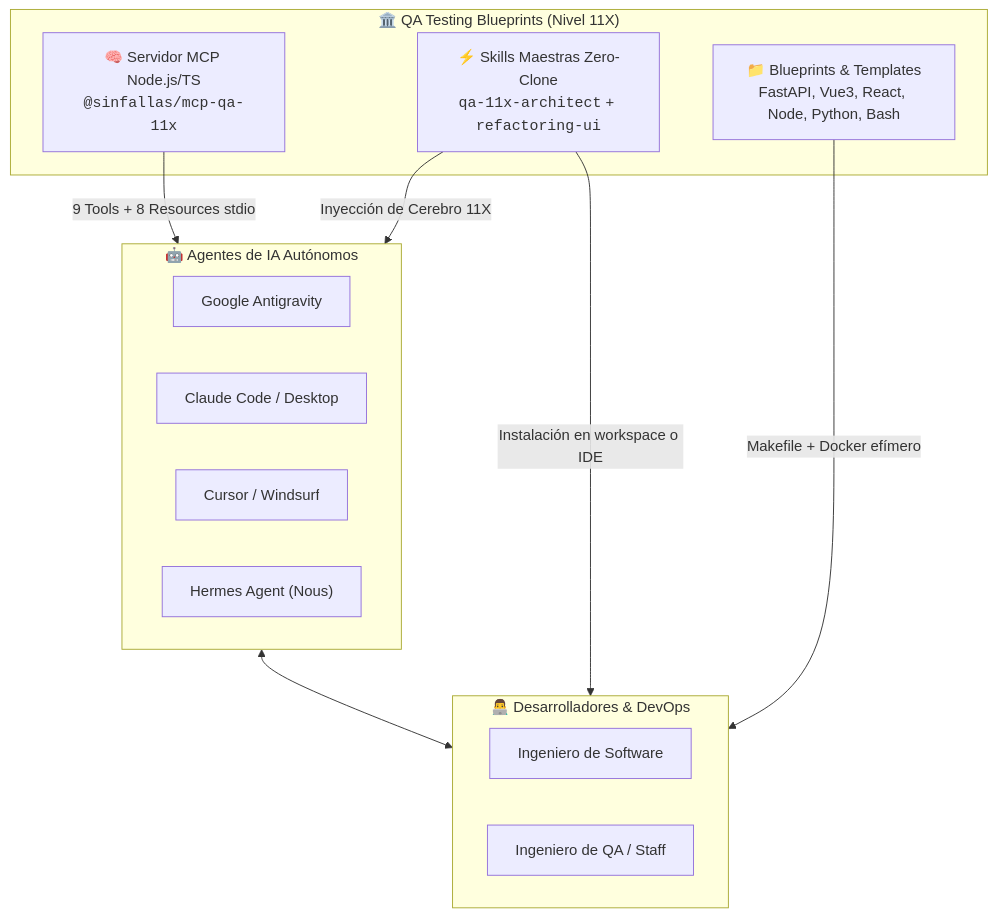
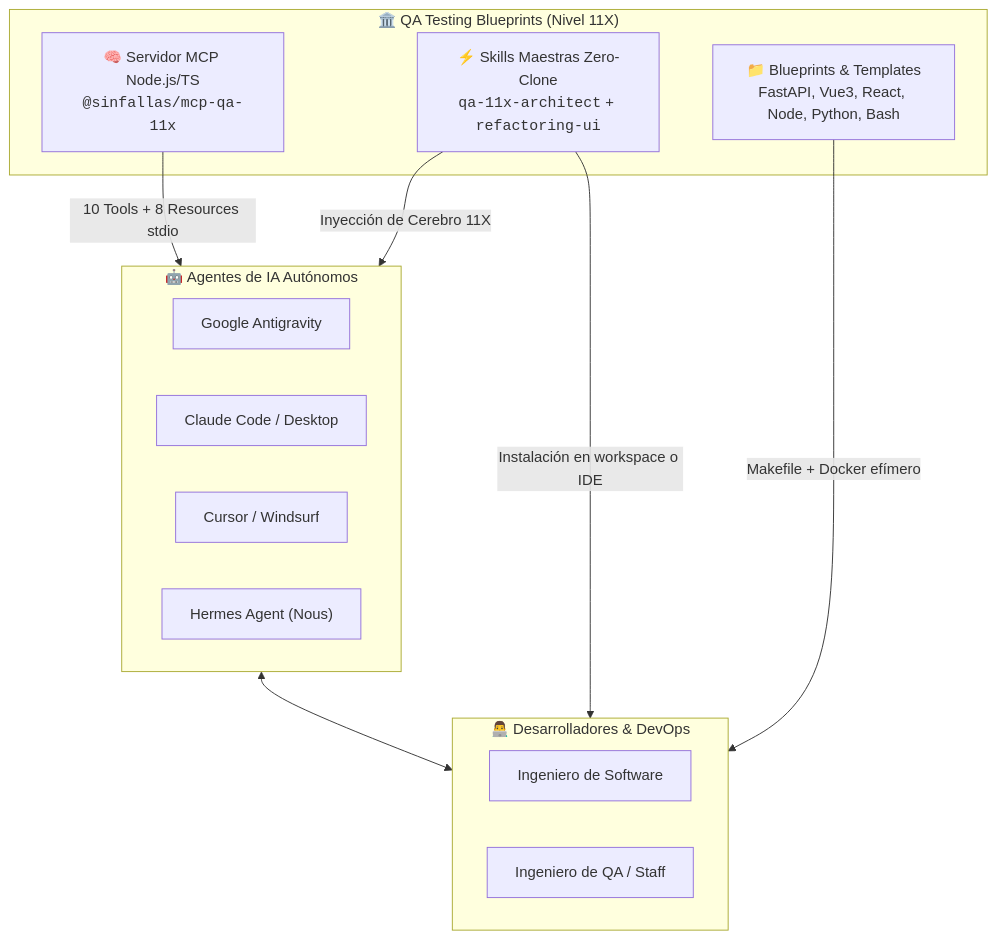
One commit to tecno-consultores/qa-testing-blueprints changed the diagram in README.md. Above: the diagram before and after it, drawn with Mermaid. The commit also changed other lines of this file and 16 other files, not shown here.

````diff
--- a/README.md
+++ b/README.md
@@ -86,26 +86,26 @@
 ```mermaid
 flowchart TD
     subgraph Ecosistema["🏛️ QA Testing Blueprints (Nivel 11X)"]
         MCP["🧠 Servidor MCP Node.js/TS<br><code>@sinfallas/mcp-qa-11x</code>"]
         Skills["⚡ Skills Maestras Zero-Clone<br><code>qa-11x-architect</code> + <code>refactoring-ui</code>"]
         Blueprints["📁 Blueprints & Templates<br>FastAPI, Vue3, React, Node, Python, Bash"]
     end
 
     subgraph ConsumidoresIA["🤖 Agentes de IA Autónomos"]
         AGY["Google Antigravity"]
         Claude["Claude Code / Desktop"]
         Cursor["Cursor / Windsurf"]
         Hermes["Hermes Agent (Nous)"]
     end
 
     subgraph ConsumidoresHumanos["👨‍💻 Desarrolladores & DevOps"]
         Dev["Ingeniero de Software"]
         QAEng["Ingeniero de QA / Staff"]
     end
 
-    MCP -- "9 Tools + 8 Resources stdio" --> ConsumidoresIA
+    MCP -- "10 Tools + 8 Resources stdio" --> ConsumidoresIA
     Skills -- "Inyección de Cerebro 11X" --> ConsumidoresIA
     Skills -- "Instalación en workspace o IDE" --> ConsumidoresHumanos
     Blueprints -- "Makefile + Docker efímero" --> ConsumidoresHumanos
     ConsumidoresIA <--> ConsumidoresHumanos
 ```
````
